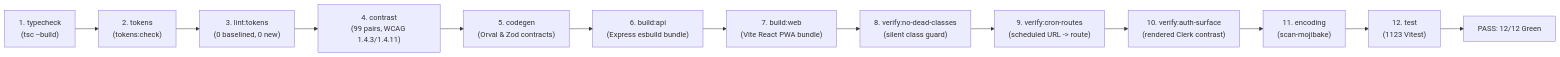
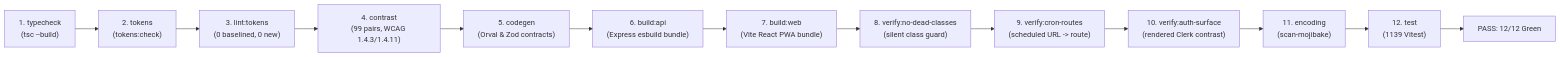
The second of 2 diagrams in spec/master-verification-matrix.md (Driftloom/TaskOS), drawn with Mermaid before and after one commit. The commit also changed other lines of this file and 27 other files, not shown here.

````diff
--- a/spec/master-verification-matrix.md
+++ b/spec/master-verification-matrix.md
@@ -275,15 +275,15 @@
 ```mermaid
 flowchart LR
     G1["1. typecheck<br/>(tsc --build)"] --> G2["2. tokens<br/>(tokens:check)"]
     G2 --> G3["3. lint:tokens<br/>(0 baselined, 0 new)"]
     G3 --> G4["4. contrast<br/>(99 pairs, WCAG 1.4.3/1.4.11)"]
     G4 --> G5["5. codegen<br/>(Orval & Zod contracts)"]
     G5 --> G6["6. build:api<br/>(Express esbuild bundle)"]
     G6 --> G7["7. build:web<br/>(Vite React PWA bundle)"]
     G7 --> G8["8. verify:no-dead-classes<br/>(silent class guard)"]
     G8 --> G9["9. verify:cron-routes<br/>(scheduled URL -> route)"]
     G9 --> G10["10. verify:auth-surface<br/>(rendered Clerk contrast)"]
     G10 --> G11["11. encoding<br/>(scan-mojibake)"]
-    G11 --> G12["12. test<br/>(1123 Vitest)"]
+    G11 --> G12["12. test<br/>(1139 Vitest)"]
     G12 --> Green["PASS: 12/12 Green"]
 ```
````
